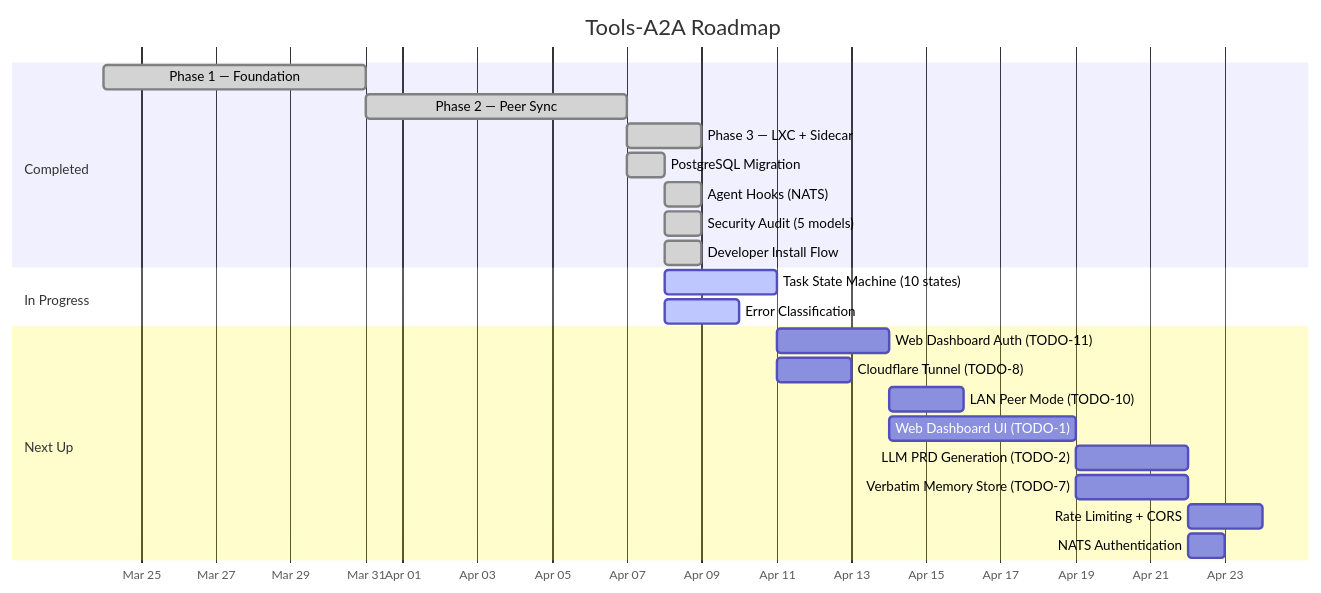
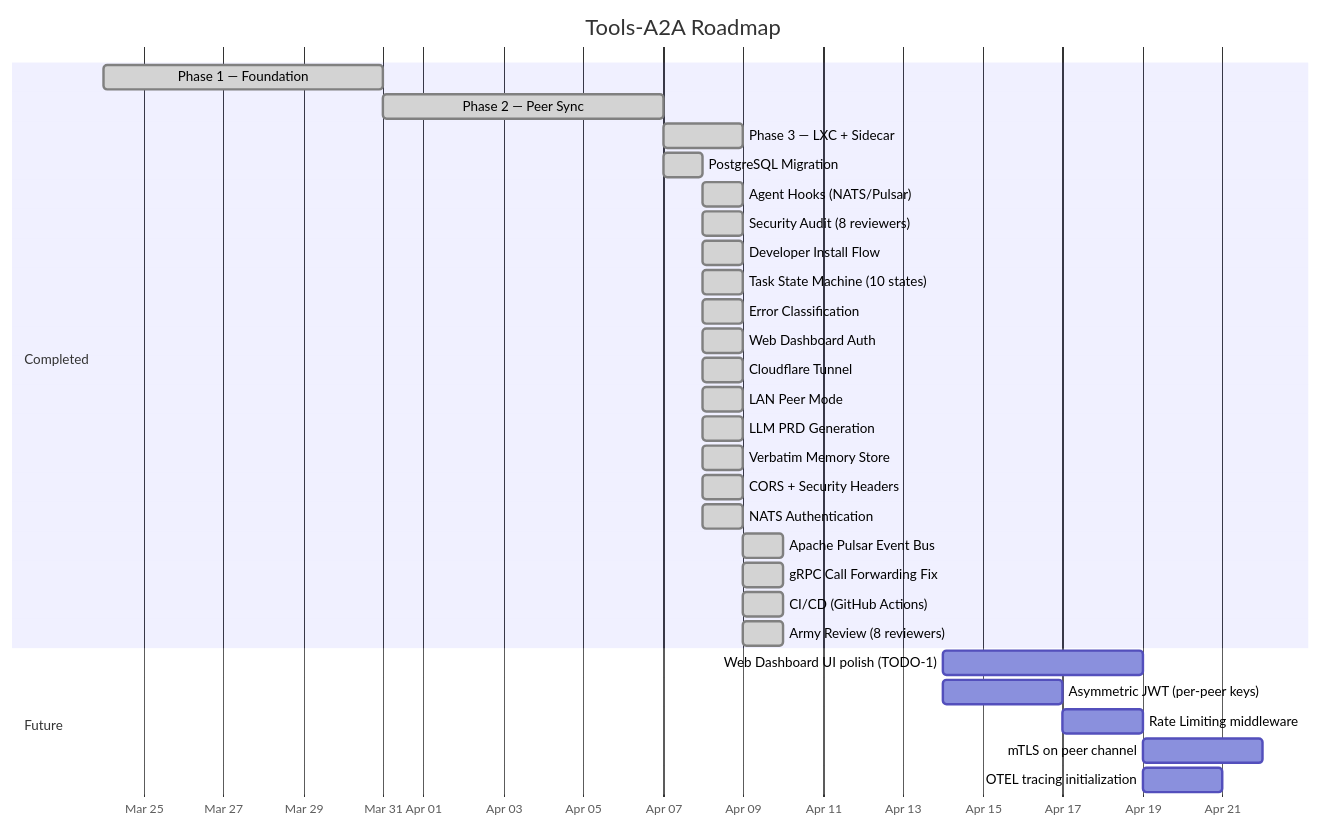
Before and after one commit to agentmcmillan/Tools-A2A: the fourth of 5 diagrams in README.md, drawn with Mermaid. The commit also changed other lines of this file, not shown here.

````diff
--- a/README.md
+++ b/README.md
@@ -175,29 +175,35 @@
 ```mermaid
 gantt
     title Tools-A2A Roadmap
     dateFormat YYYY-MM-DD
     axisFormat %b %d
 
     section Completed
     Phase 1 — Foundation          :done, p1, 2026-03-24, 7d
     Phase 2 — Peer Sync           :done, p2, 2026-03-31, 7d
     Phase 3 — LXC + Sidecar       :done, p3, 2026-04-07, 2d
     PostgreSQL Migration           :done, pg, 2026-04-07, 1d
-    Agent Hooks (NATS)             :done, hooks, 2026-04-08, 1d
-    Security Audit (5 models)      :done, audit, 2026-04-08, 1d
+    Agent Hooks (NATS/Pulsar)      :done, hooks, 2026-04-08, 1d
+    Security Audit (8 reviewers)   :done, audit, 2026-04-08, 1d
     Developer Install Flow         :done, inst, 2026-04-08, 1d
+    Task State Machine (10 states) :done, t4, 2026-04-08, 1d
+    Error Classification           :done, t5, 2026-04-08, 1d
+    Web Dashboard Auth             :done, t11, 2026-04-08, 1d
+    Cloudflare Tunnel              :done, t8, 2026-04-08, 1d
+    LAN Peer Mode                  :done, t10, 2026-04-08, 1d
+    LLM PRD Generation             :done, t2, 2026-04-08, 1d
+    Verbatim Memory Store          :done, t7, 2026-04-08, 1d
+    CORS + Security Headers        :done, sec, 2026-04-08, 1d
+    NATS Authentication            :done, nats, 2026-04-08, 1d
+    Apache Pulsar Event Bus        :done, pul, 2026-04-09, 1d
+    gRPC Call Forwarding Fix       :done, grpc, 2026-04-09, 1d
+    CI/CD (GitHub Actions)         :done, ci, 2026-04-09, 1d
+    Army Review (8 reviewers)      :done, army, 2026-04-09, 1d
 
-    section In Progress
-    Task State Machine (10 states) :active, t4, 2026-04-08, 3d
-    Error Classification           :active, t5, 2026-04-08, 2d
-
-    section Next Up
-    Web Dashboard Auth (TODO-11)     :t11, 2026-04-11, 3d
-    Cloudflare Tunnel (TODO-8)       :t8, 2026-04-11, 2d
-    LAN Peer Mode (TODO-10)          :t10, 2026-04-14, 2d
-    Web Dashboard UI (TODO-1)        :t1, 2026-04-14, 5d
-    LLM PRD Generation (TODO-2)      :t2, 2026-04-19, 3d
-    Verbatim Memory Store (TODO-7)   :t7, 2026-04-19, 3d
-    Rate Limiting + CORS             :sec, 2026-04-22, 2d
-    NATS Authentication              :nats, 2026-04-22, 1d
+    section Future
+    Web Dashboard UI polish (TODO-1) :t1, 2026-04-14, 5d
+    Asymmetric JWT (per-peer keys)   :jwt, 2026-04-14, 3d
+    Rate Limiting middleware         :rl, 2026-04-17, 2d
+    mTLS on peer channel             :mtls, 2026-04-19, 3d
+    OTEL tracing initialization      :otel, 2026-04-19, 2d
 ```
````
